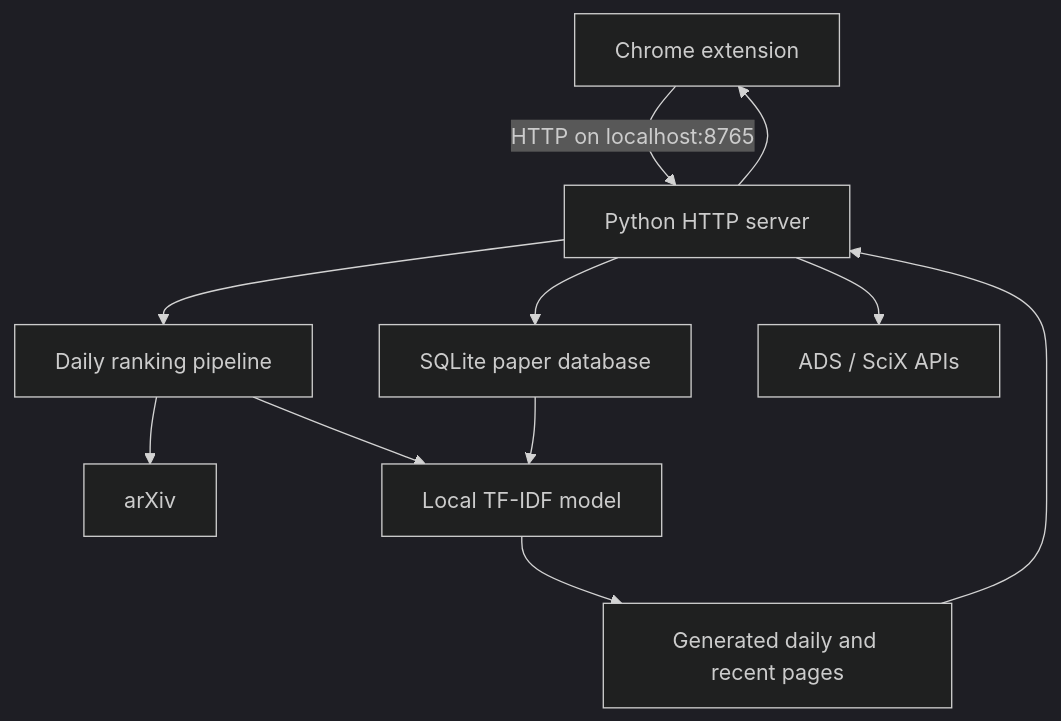
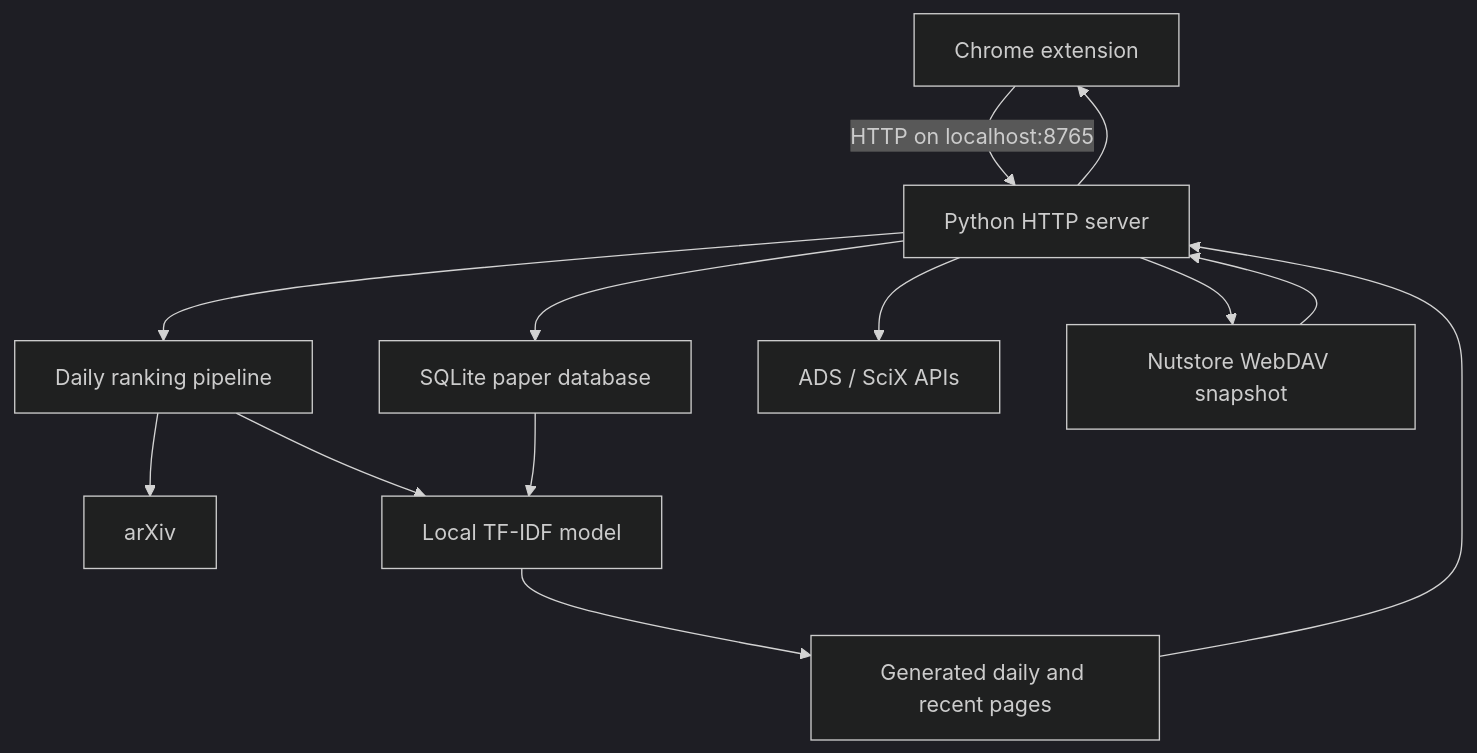
One commit to jyshangguan/ArXistant changed the diagram in docs/how-it-works.md. Above: the diagram before and after it, drawn with Mermaid (dark theme). The commit also changed other lines of this file and 15 other files, not shown here.

First line of the commit message:
Add cloud sync via Nutstore WebDAV

````diff
--- a/docs/how-it-works.md
+++ b/docs/how-it-works.md
@@ -16,13 +16,15 @@
 ```mermaid
 flowchart TD
     EXT["Chrome extension"] -->|"HTTP on localhost:8765"| SERVER["Python HTTP server"]
     SERVER --> DB["SQLite paper database"]
     SERVER --> RANKER["Daily ranking pipeline"]
     RANKER --> ARXIV["arXiv"]
     SERVER --> ADS["ADS / SciX APIs"]
+    SERVER --> CLOUD["Nutstore WebDAV snapshot"]
+    CLOUD --> SERVER
     RANKER --> MODEL["Local TF-IDF model"]
     DB --> MODEL
     MODEL --> PAGES["Generated daily and recent pages"]
     PAGES --> SERVER
     SERVER --> EXT
 ```
````
